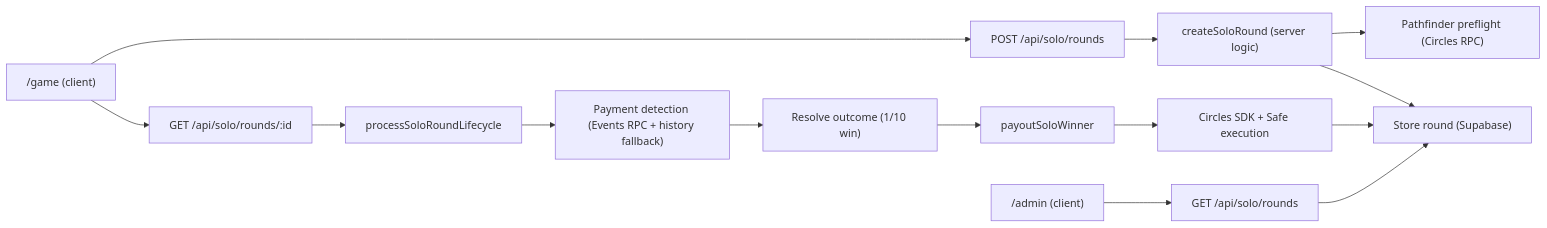
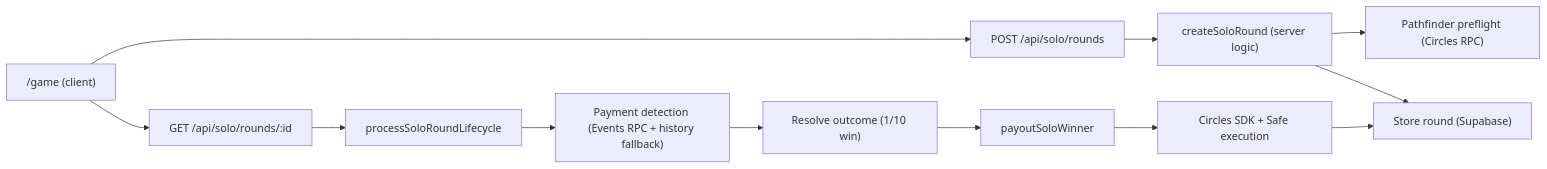
One commit to aboutcircles/circles-gnosisApp-starter-kit changed the diagram in README.md. Above: the diagram before and after it, drawn with Mermaid. The commit also changed other lines of this file and 15 other files, not shown here.

````diff
--- a/README.md
+++ b/README.md
@@ -39,16 +37,14 @@
 ```mermaid
 flowchart LR
   A["/game (client)"] --> B["POST /api/solo/rounds"]
   B --> C["createSoloRound (server logic)"]
   C --> D["Pathfinder preflight (Circles RPC)"]
   C --> E["Store round (Supabase)"]
   A --> F["GET /api/solo/rounds/:id"]
   F --> G["processSoloRoundLifecycle"]
   G --> H["Payment detection (Events RPC + history fallback)"]
   H --> I["Resolve outcome (1/10 win)"]
   I --> J["payoutSoloWinner"]
   J --> K["Circles SDK + Safe execution"]
   K --> E
-  L["/admin (client)"] --> M["GET /api/solo/rounds"]
-  M --> E
 ```
````
